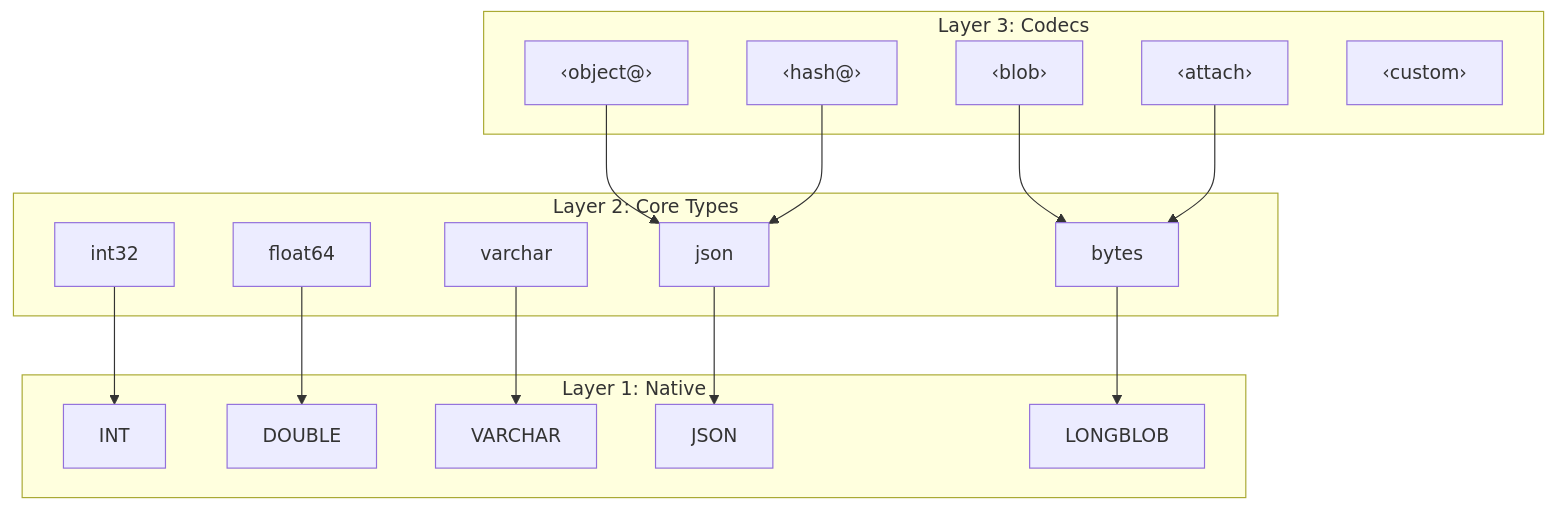
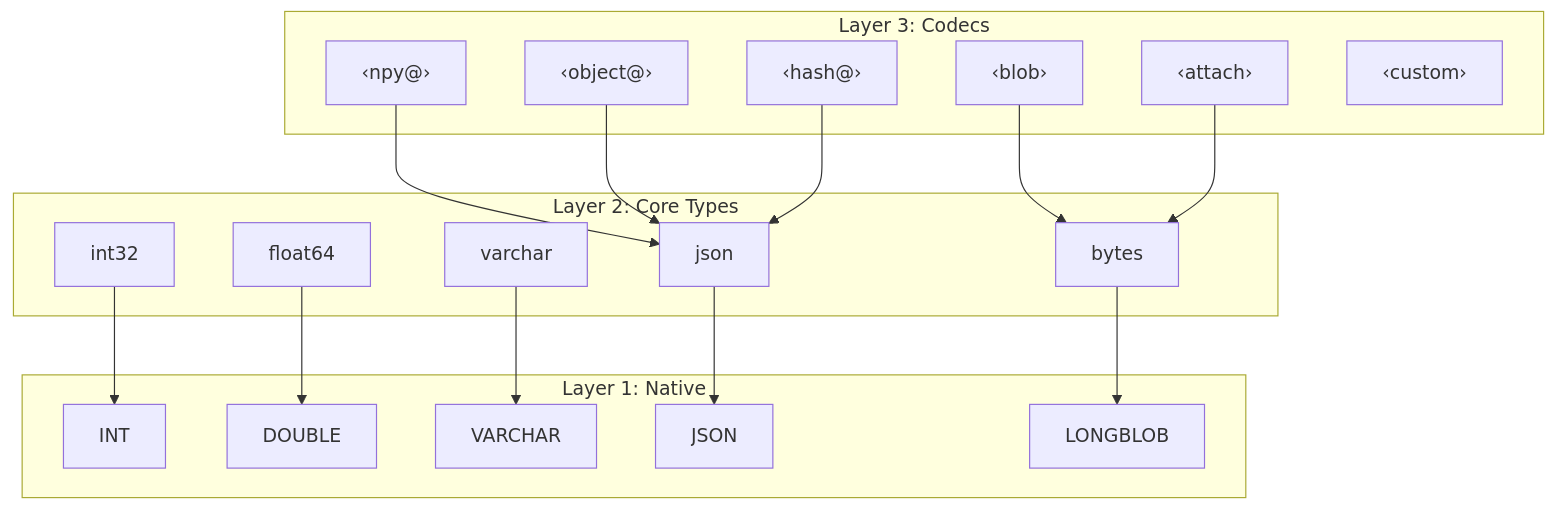
The diagram in src/explanation/type-system.md (datajoint/datajoint-docs), drawn with Mermaid before and after one commit. The commit also changed other lines of this file, not shown here.

First line of the commit message:
docs: Add <npy@> and plugin codecs to type system docs

````diff
--- a/src/explanation/type-system.md
+++ b/src/explanation/type-system.md
@@ -11,34 +11,36 @@
 ```mermaid
 graph TB
     subgraph "Layer 3: Codecs"
         blob["‹blob›"]
         attach["‹attach›"]
+        npy["‹npy@›"]
         object["‹object@›"]
         hash["‹hash@›"]
         custom["‹custom›"]
     end
     subgraph "Layer 2: Core Types"
         int32
         float64
         varchar
         json
         bytes
     end
     subgraph "Layer 1: Native"
         INT["INT"]
         DOUBLE["DOUBLE"]
         VARCHAR["VARCHAR"]
         JSON_N["JSON"]
         BLOB["LONGBLOB"]
     end
 
     blob --> bytes
     attach --> bytes
+    npy --> json
     object --> json
     hash --> json
     bytes --> BLOB
     json --> JSON_N
     int32 --> INT
     float64 --> DOUBLE
     varchar --> VARCHAR
 ```
````
